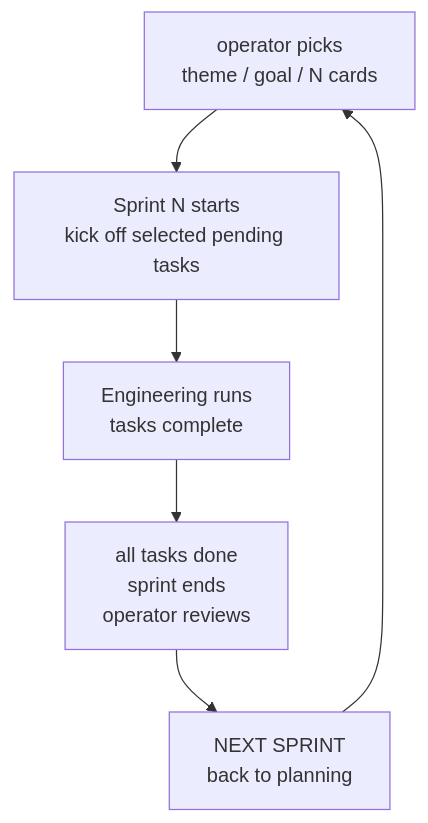
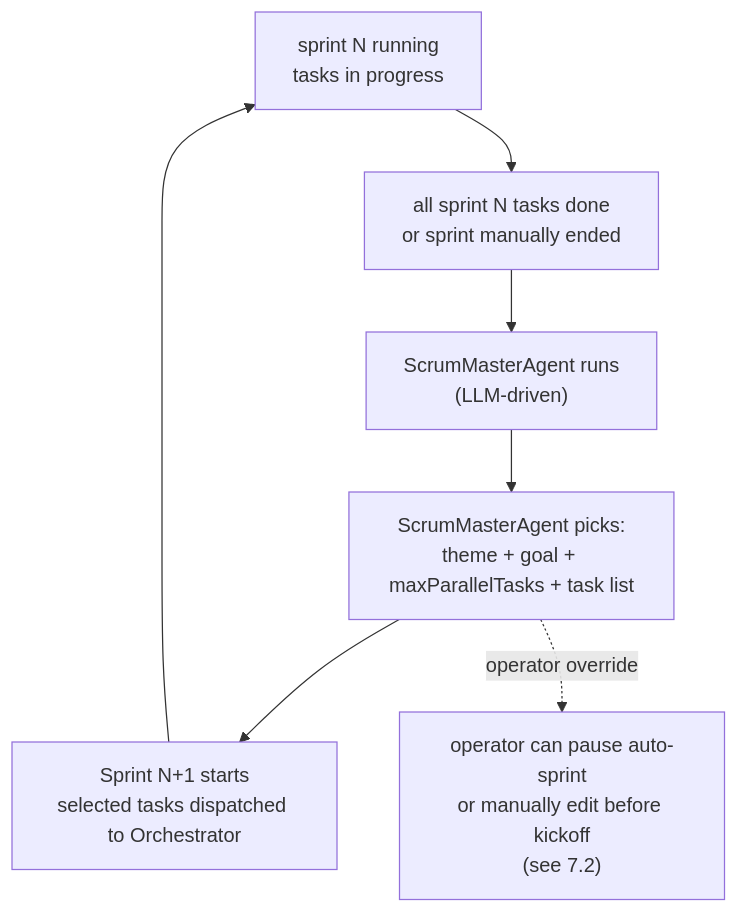
One commit to Xyrces/Forge changed the sixth of 7 diagrams in docs/intake-to-sprint-workflow.md. Above: the diagram before and after it, drawn with Mermaid. The commit also changed other lines of this file, not shown here.

````diff
--- a/docs/intake-to-sprint-workflow.md
+++ b/docs/intake-to-sprint-workflow.md
@@ -632,10 +634,12 @@
 ```mermaid
 flowchart TD
-  N0["operator picks<br/>theme / goal / N cards"]
-  N1["Sprint N starts<br/>kick off selected pending tasks"]
-  N2["Engineering runs<br/>tasks complete"]
-  N3["all tasks done<br/>sprint ends<br/>operator reviews"]
-  N4["NEXT SPRINT<br/>back to planning"]
+  N0["sprint N running<br/>tasks in progress"]
+  N1["all sprint N tasks done<br/>or sprint manually ended"]
+  N2["ScrumMasterAgent runs<br/>(LLM-driven)"]
+  N3["ScrumMasterAgent picks:<br/>theme + goal + maxParallelTasks + task list"]
+  N4["Sprint N+1 starts<br/>selected tasks dispatched to Orchestrator"]
+  N5["operator can pause auto-sprint<br/>or manually edit before kickoff<br/>(see 7.2)"]
 
   N0 --> N1 --> N2 --> N3 --> N4 --> N0
+  N3 -. "operator override" .-> N5
 ```
````
